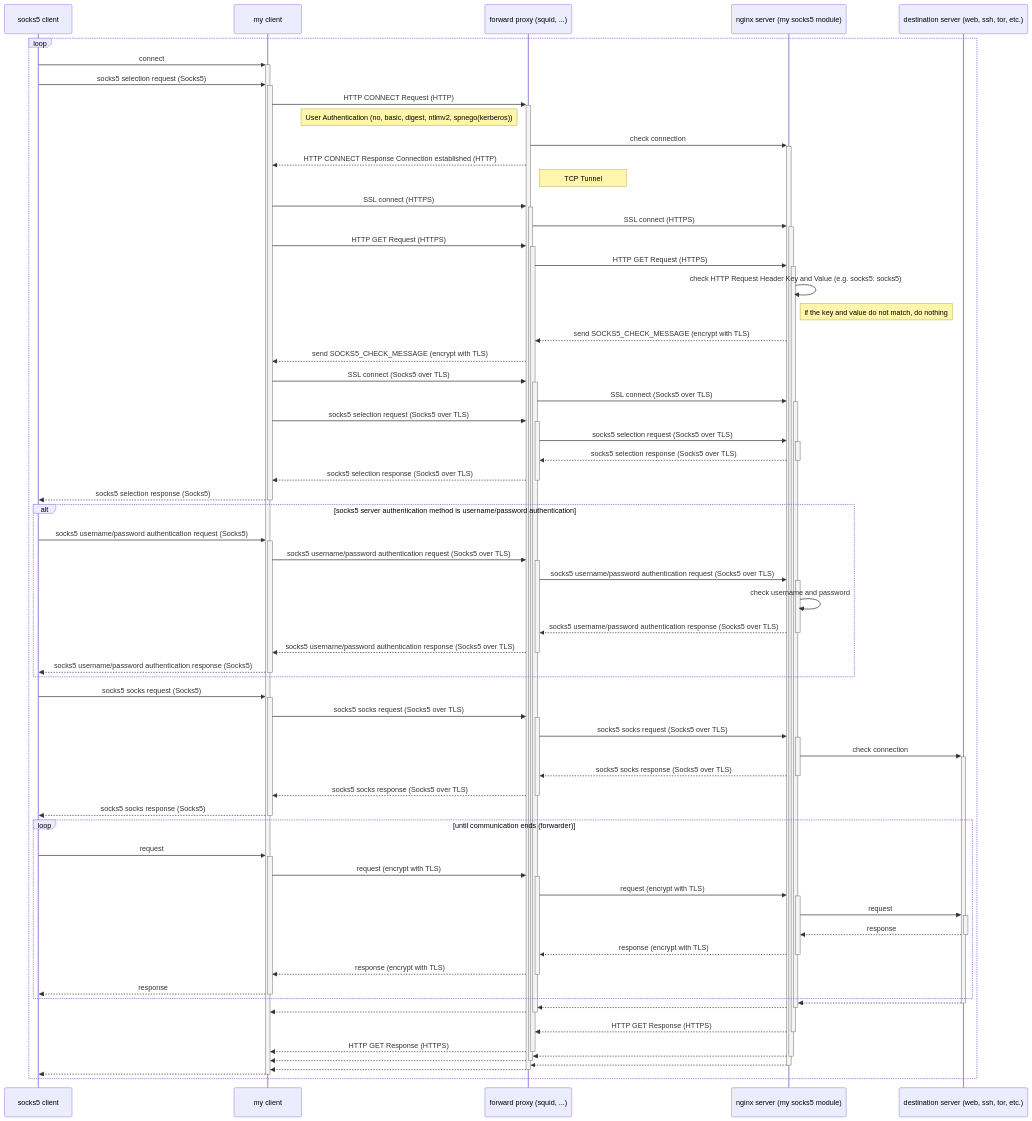
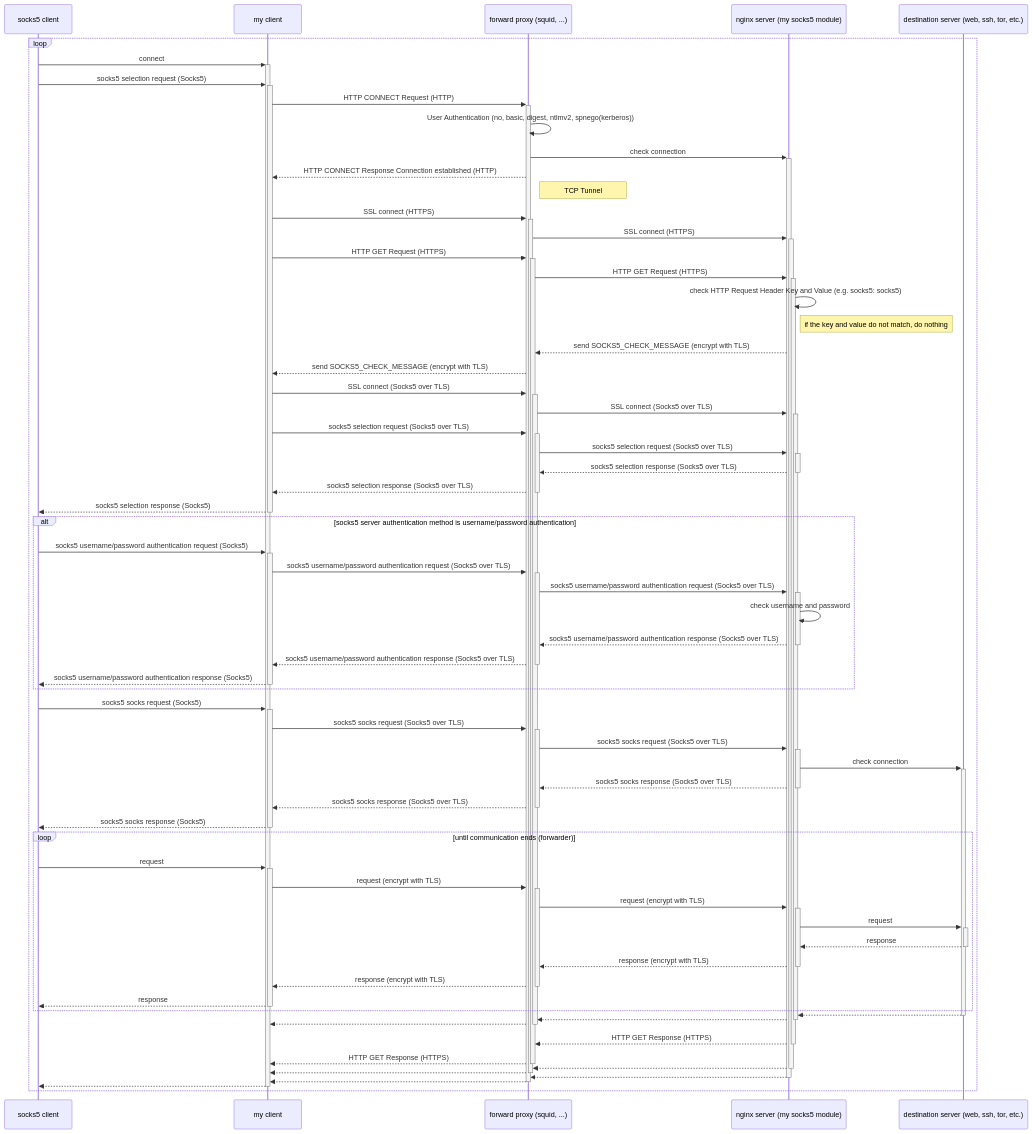
One commit to shuichiro-endo/socks5-nginx-module-v2 changed the second of 2 diagrams in README.md. Above: the diagram before and after it, drawn with Mermaid.

````diff
--- a/README.md
+++ b/README.md
@@ -59,68 +59,68 @@
 ```mermaid
 sequenceDiagram
     participant A as socks5 client
     participant B as my client
     participant C as forward proxy (squid, ...)
     participant D as nginx server (my socks5 module)
     participant E as destination server (web, ssh, tor, etc.)
     loop 
         A->>+B: connect
         A->>+B: socks5 selection request (Socks5)
         B->>+C: HTTP CONNECT Request (HTTP)
-        note left of C: User Authentication (no, basic, digest, ntlmv2, spnego(kerberos))
+        C->>C: User Authentication (no, basic, digest, ntlmv2, spnego(kerberos))
         C->>+D: check connection
         C-->>B: HTTP CONNECT Response Connection established (HTTP)
         note right of C: TCP Tunnel
         B->>+C: SSL connect (HTTPS)
         C->>+D: SSL connect (HTTPS)
         B->>+C: HTTP GET Request (HTTPS)
         C->>+D: HTTP GET Request (HTTPS)
         D->>D: check HTTP Request Header Key and Value (e.g. socks5: socks5)
         note right of D: if the key and value do not match, do nothing
         D-->>C: send SOCKS5_CHECK_MESSAGE (encrypt with TLS)
         C-->>B: send SOCKS5_CHECK_MESSAGE (encrypt with TLS)
         B->>+C: SSL connect (Socks5 over TLS)
         C->>+D: SSL connect (Socks5 over TLS)
         B->>+C: socks5 selection request (Socks5 over TLS)
         C->>+D: socks5 selection request (Socks5 over TLS)
         D-->>-C: socks5 selection response (Socks5 over TLS)
         C-->>-B: socks5 selection response (Socks5 over TLS)
         B-->>-A: socks5 selection response (Socks5)
         alt socks5 server authentication method is username/password authentication
         A->>+B: socks5 username/password authentication request (Socks5)
         B->>+C: socks5 username/password authentication request (Socks5 over TLS)
         C->>+D: socks5 username/password authentication request (Socks5 over TLS)
         D->>D: check username and password
         D-->>-C: socks5 username/password authentication response (Socks5 over TLS)
         C-->>-B: socks5 username/password authentication response (Socks5 over TLS)
         B-->>-A: socks5 username/password authentication response (Socks5)
         end
         A->>+B: socks5 socks request (Socks5)
         B->>+C: socks5 socks request (Socks5 over TLS)
         C->>+D: socks5 socks request (Socks5 over TLS)
         D->>+E: check connection
         D-->>-C: socks5 socks response (Socks5 over TLS)
         C-->>-B: socks5 socks response (Socks5 over TLS)
         B-->>-A: socks5 socks response (Socks5)
         loop until communication ends (forwarder)
             A->>+B: request
             B->>+C: request (encrypt with TLS)
             C->>+D: request (encrypt with TLS)
             D->>+E: request
             E-->>-D: response
             D-->>-C: response (encrypt with TLS)
             C-->>-B: response (encrypt with TLS)
             B-->>-A: response
         end
         E-->>-D: 
         D-->>-C: 
         C-->>-B: 
         D-->>-C: HTTP GET Response (HTTPS)
         C-->>-B: HTTP GET Response (HTTPS)
         D-->>-C: 
         C-->>-B: 
         D-->>-C: 
         C-->>-B: 
         B-->>-A: 
     end
 ```
````
